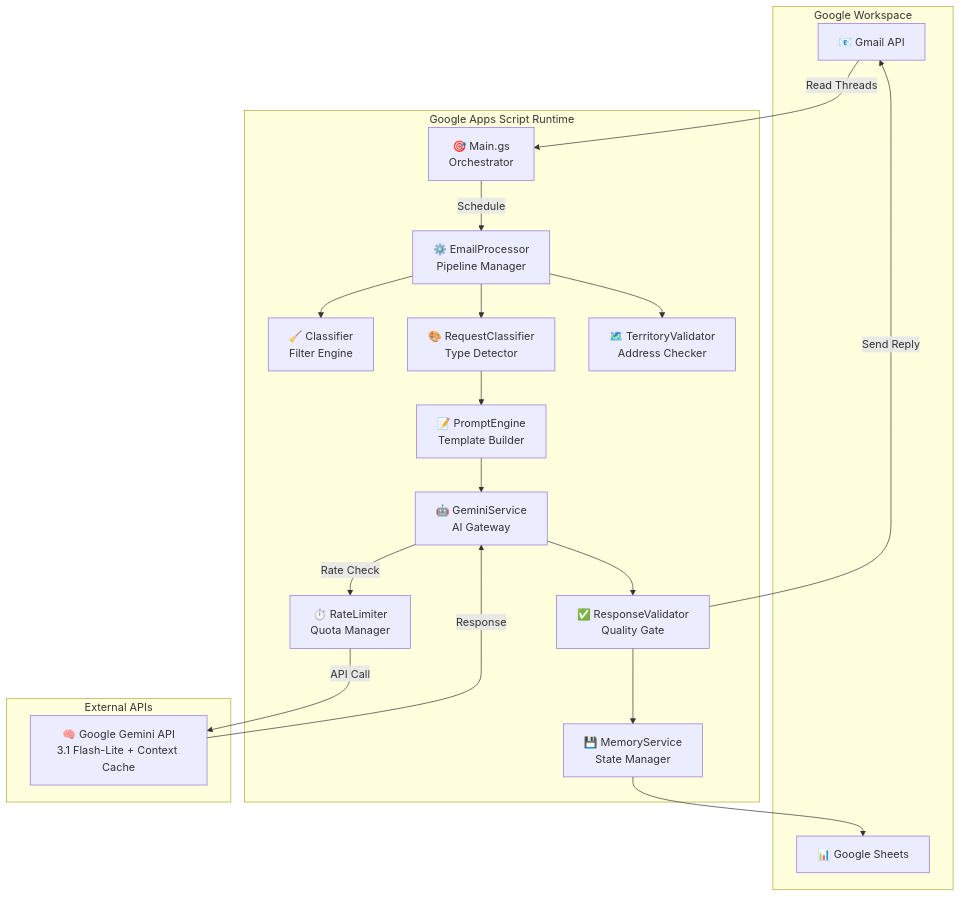
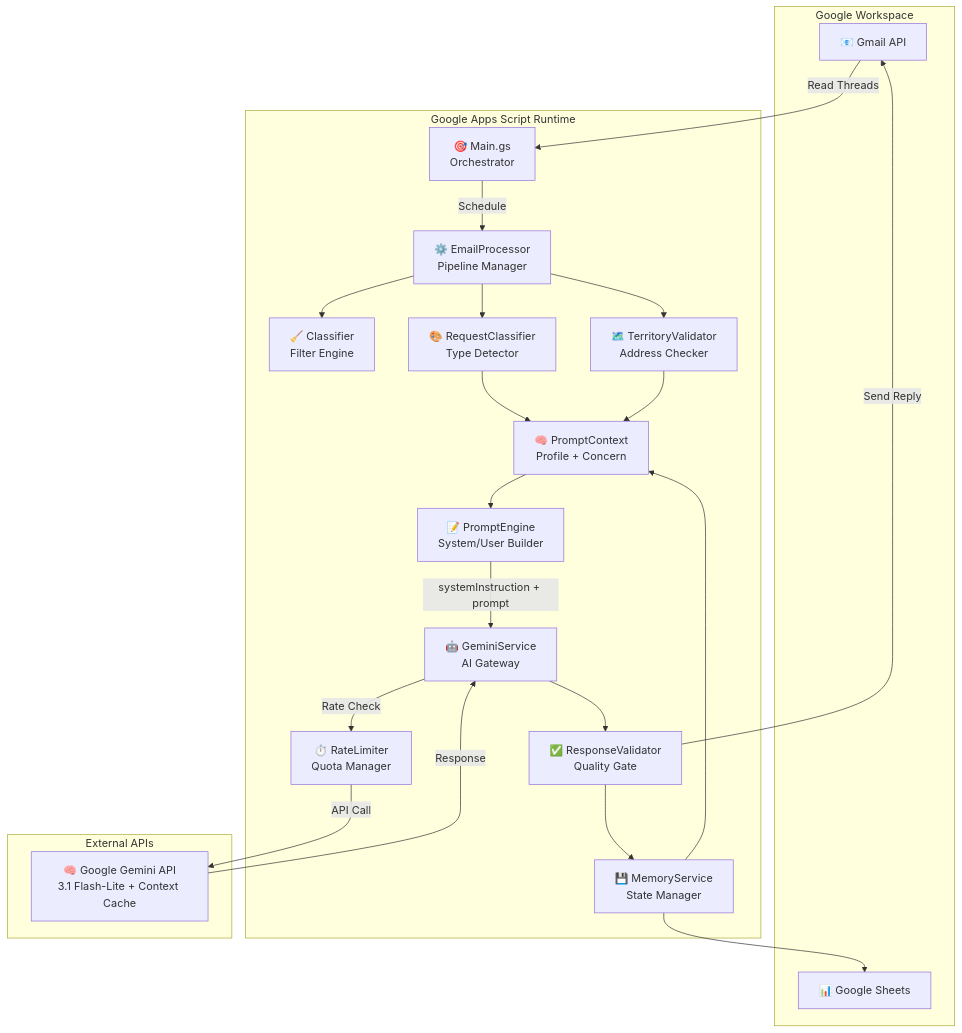
The first of 9 diagrams in docs/ARCHITECTURE_DIAGRAMS_IT.md (rasanfil-source/segreteria), drawn with Mermaid before and after one commit. The commit also changed other lines of this file and 4 other files, not shown here.

Commit message:
Update architecture diagrams and readme modules description to include PromptContext and runtime prompt construction flow

````diff
--- a/docs/ARCHITECTURE_DIAGRAMS_IT.md
+++ b/docs/ARCHITECTURE_DIAGRAMS_IT.md
@@ -11,39 +11,43 @@
 ```mermaid
 graph TB
     subgraph "Google Workspace"
         Gmail["📧 Gmail API"]
         Sheets["📊 Google Sheets"]
     end
     
     subgraph "Google Apps Script Runtime"
         Main["🎯 Main.gs<br/>Orchestrator"]
         Proc["⚙️ EmailProcessor<br/>Pipeline Manager"]
         Class["🧹 Classifier<br/>Filter Engine"]
         ReqClass["🎨 RequestClassifier<br/>Type Detector"]
         Gemini["🤖 GeminiService<br/>AI Gateway"]
         Valid["✅ ResponseValidator<br/>Quality Gate"]
         Memory["💾 MemoryService<br/>State Manager"]
         Rate["⏱️ RateLimiter<br/>Quota Manager"]
-        Prompt["📝 PromptEngine<br/>Template Builder"]
+        PContext["🧠 PromptContext<br/>Profile + Concern"]
+        Prompt["📝 PromptEngine<br/>System/User Builder"]
         Territory["🗺️ TerritoryValidator<br/>Address Checker"]
     end
     
     subgraph "External APIs"
         GeminiAPI["🧠 Google Gemini API<br/>3.1 Flash-Lite + Context Cache"]
     end
     
     Gmail -->|Read Threads| Main
     Main -->|Schedule| Proc
     Proc --> Class
     Proc --> ReqClass
     Proc --> Territory
-    ReqClass --> Prompt
-    Prompt --> Gemini
+    ReqClass --> PContext
+    Territory --> PContext
+    Memory --> PContext
+    PContext --> Prompt
+    Prompt -->|systemInstruction + prompt| Gemini
     Gemini -->|Rate Check| Rate
     Rate -->|API Call| GeminiAPI
     GeminiAPI -->|Response| Gemini
     Gemini --> Valid
     Valid --> Memory
     Memory --> Sheets
     Valid -->|Send Reply| Gmail
 ```
````
